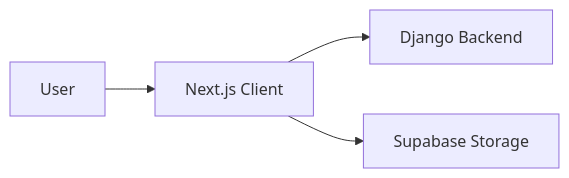
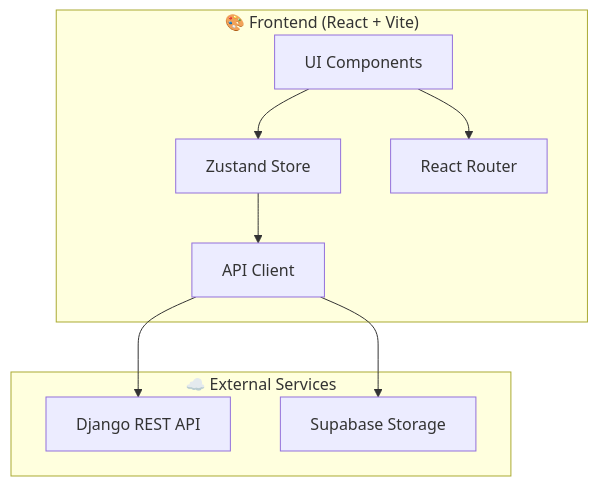
Before and after one commit to jiaamasum/crowdfunding-trading-platform-ctr: the diagram in frontend/README.md, drawn with Mermaid. The commit also changed other lines of this file and 4 other files, not shown here.

````diff
--- a/frontend/README.md
+++ b/frontend/README.md
@@ -58,6 +117,20 @@
 ```mermaid
-flowchart LR
-  User[User] --> Client[Next.js Client]
-  Client --> API[Django Backend]
-  Client --> Storage[Supabase Storage]
+flowchart TB
+    subgraph Frontend["🎨 Frontend (React + Vite)"]
+        UI[UI Components]
+        Store[Zustand Store]
+        Router[React Router]
+        API[API Client]
+    end
+    
+    subgraph External["☁️ External Services"]
+        Backend[Django REST API]
+        Supabase[Supabase Storage]
+    end
+    
+    UI --> Store
+    UI --> Router
+    Store --> API
+    API --> Backend
+    API --> Supabase
 ```
````
